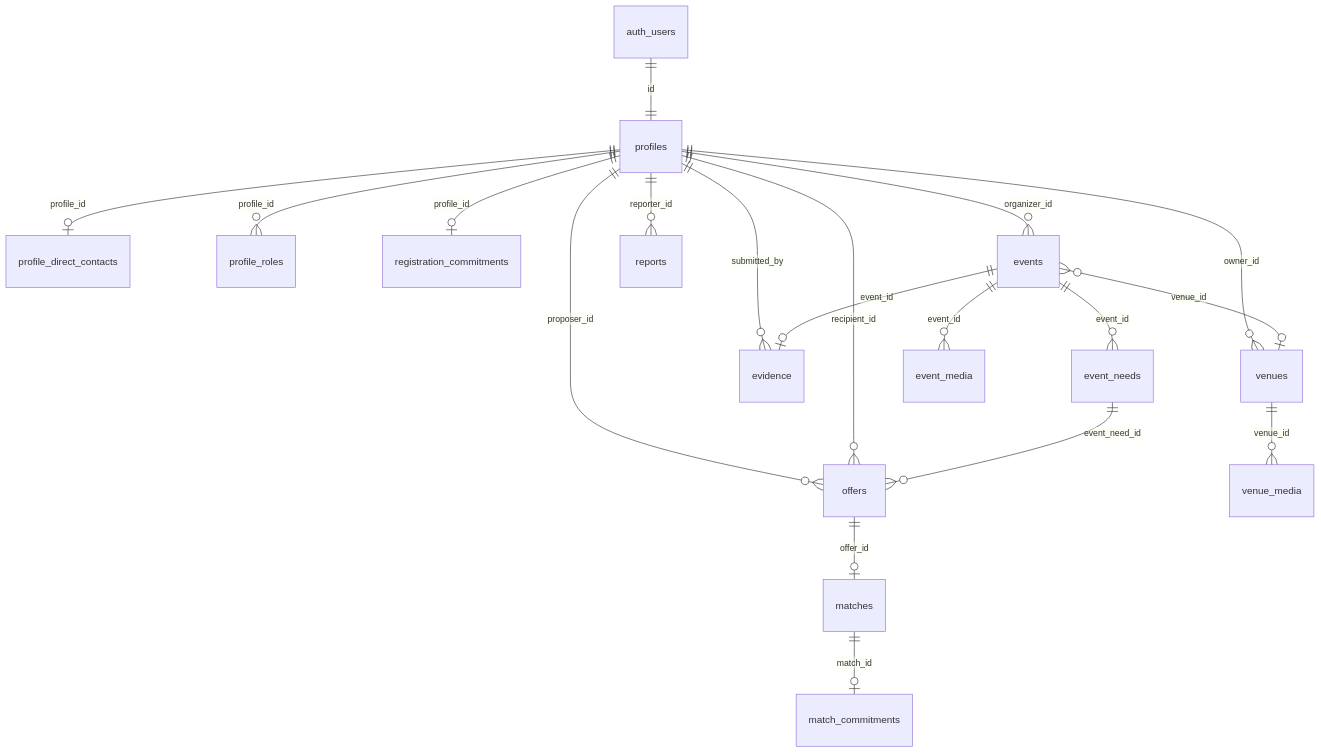
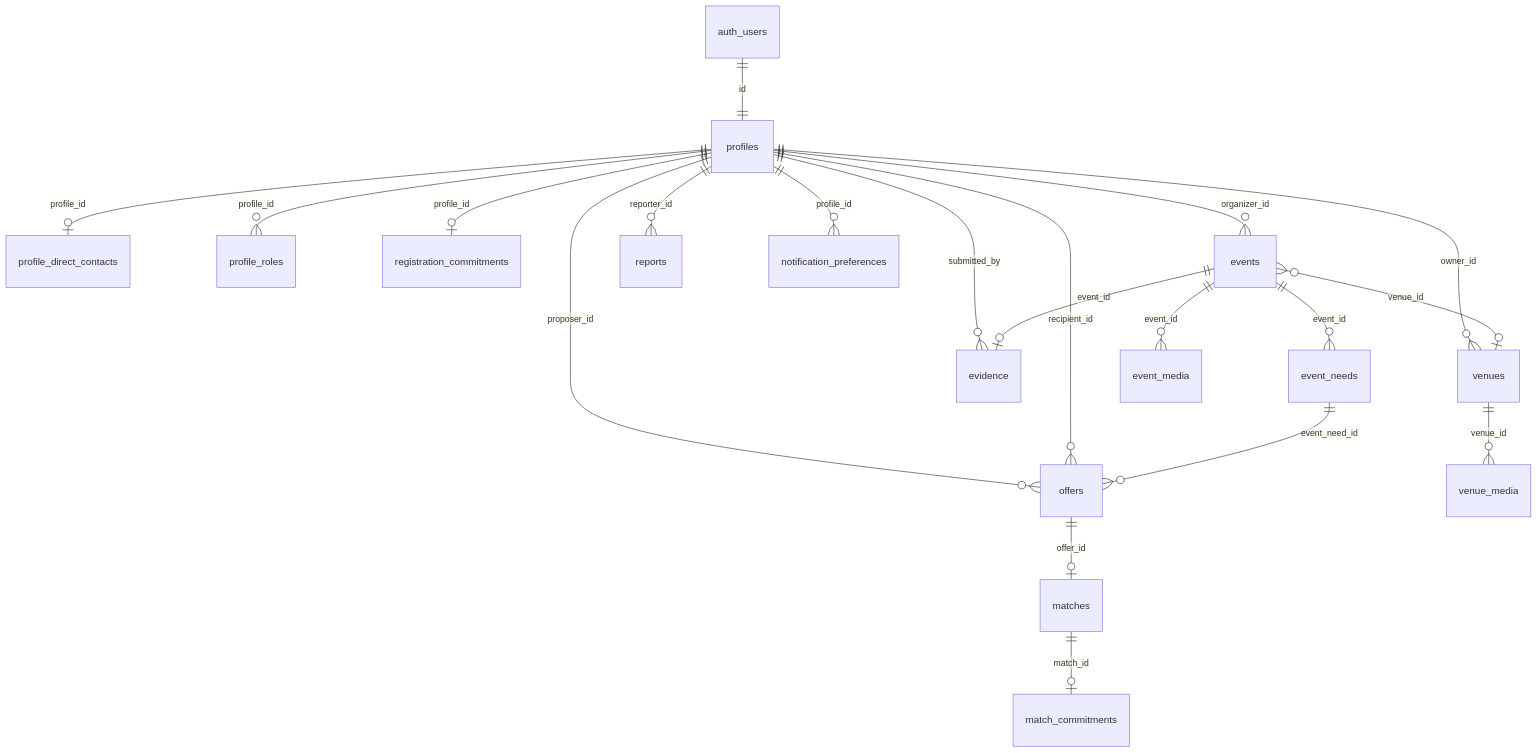
The diagram in docs/architecture/database.md (Mega-Barto/redeventos-project), drawn with Mermaid before and after one commit. The commit also changed other lines of this file and 4 other files, not shown here.

First line of the commit message:
feat(docs): add notification preferences and update related architecture

````diff
--- a/docs/architecture/database.md
+++ b/docs/architecture/database.md
@@ -27,21 +27,22 @@
 ```mermaid
 erDiagram
   auth_users ||--|| profiles : id
   profiles ||--o| profile_direct_contacts : profile_id
   profiles ||--o{ profile_roles : profile_id
   profiles ||--o| registration_commitments : profile_id
   profiles ||--o{ events : organizer_id
   profiles ||--o{ venues : owner_id
   profiles ||--o{ offers : proposer_id
   profiles ||--o{ offers : recipient_id
   profiles ||--o{ evidence : submitted_by
   events ||--o{ event_needs : event_id
   events ||--o| evidence : event_id
   events ||--o{ event_media : event_id
   events }o--o| venues : venue_id
   venues ||--o{ venue_media : venue_id
   event_needs ||--o{ offers : event_need_id
   offers ||--o| matches : offer_id
   matches ||--o| match_commitments : match_id
   profiles ||--o{ reports : reporter_id
+  profiles ||--o{ notification_preferences : profile_id
 ```
````
